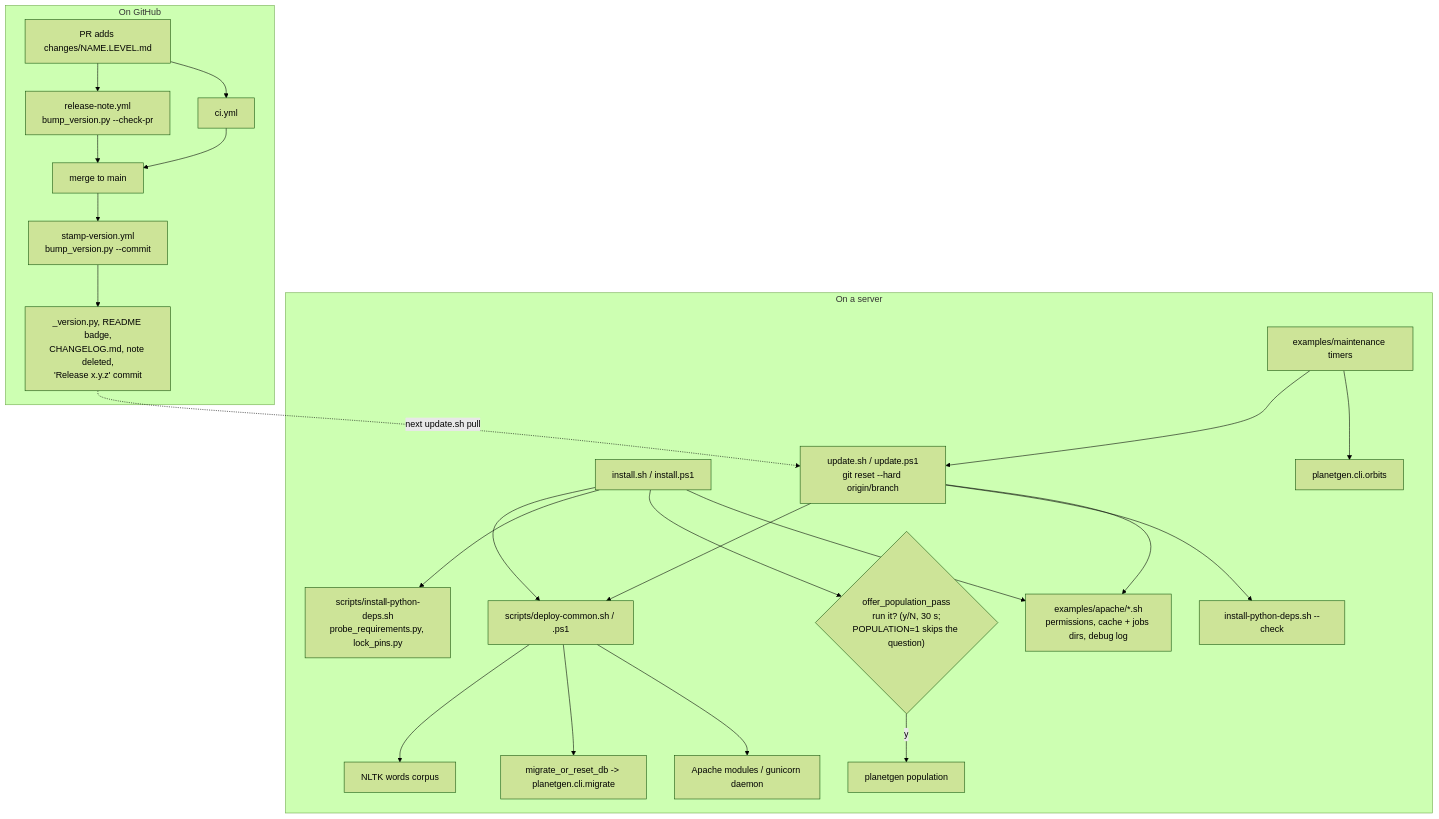
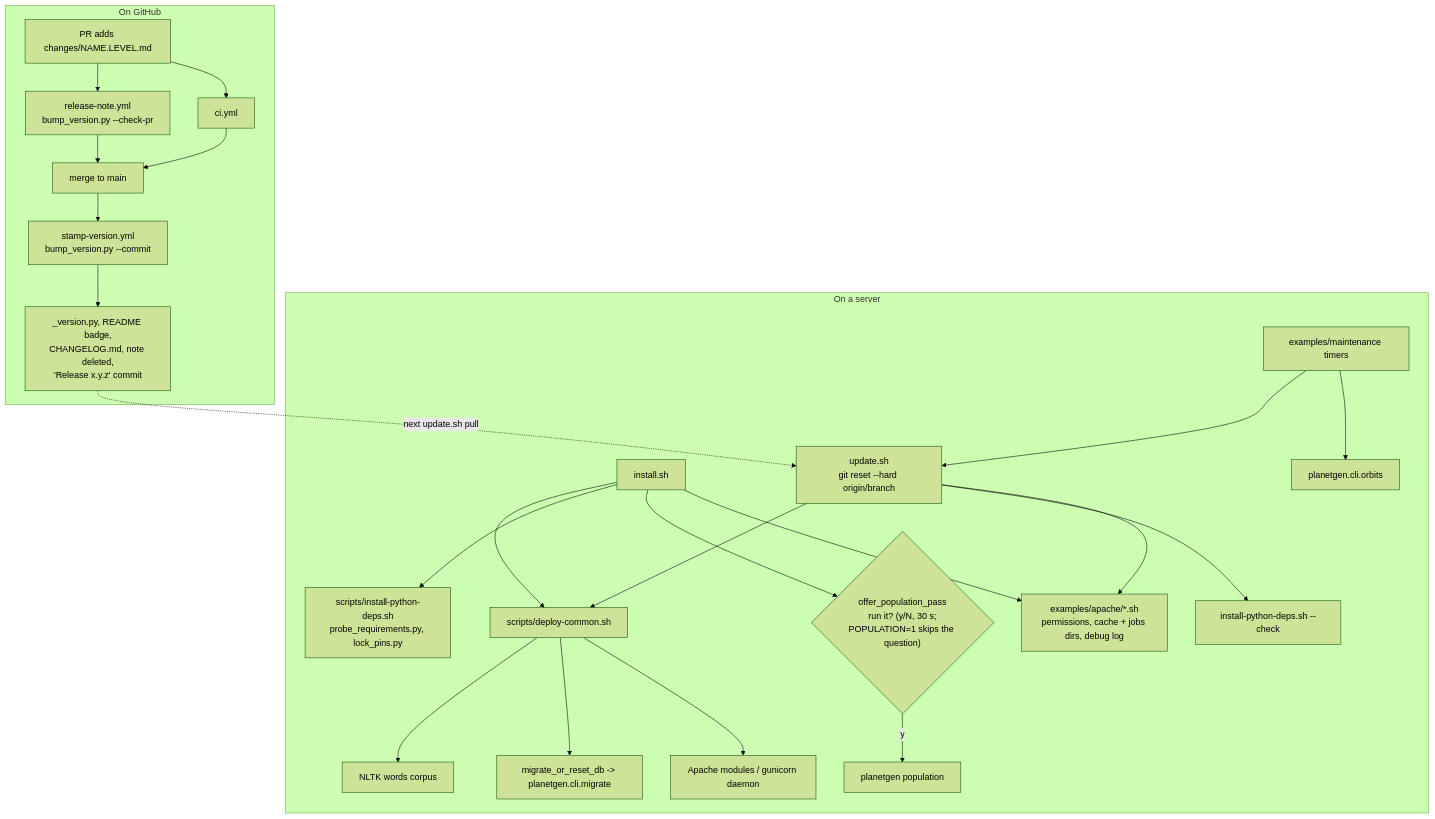
Before and after one commit to dwhagar/planetGen: the eighth of 8 diagrams in docs/design/architecture.md, drawn with Mermaid (forest theme). The commit also changed other lines of this file and 91 other files, not shown here.

````diff
--- a/docs/design/architecture.md
+++ b/docs/design/architecture.md
@@ -761,27 +757,27 @@
 ```mermaid
 flowchart TD
     subgraph Server["On a server"]
-        I["install.sh / install.ps1"] --> DC["scripts/deploy-common.sh / .ps1"]
-        U["update.sh / update.ps1<br/>git reset --hard origin/branch"] --> DC
+        I["install.sh"] --> DC["scripts/deploy-common.sh"]
+        U["update.sh<br/>git reset --hard origin/branch"] --> DC
         I --> PD["scripts/install-python-deps.sh<br/>probe_requirements.py, lock_pins.py"]
         U --> PDC["install-python-deps.sh --check"]
         DC --> NL["NLTK words corpus"]
         DC --> MR["migrate_or_reset_db -> planetgen.cli.migrate"]
         I --> POP{"offer_population_pass<br/>run it? (y/N, 30 s;<br/>POPULATION=1 skips the question)"}
         POP -->|"y"| GP["planetgen population"]
         DC --> WS["Apache modules / gunicorn daemon"]
         I --> EX["examples/apache/*.sh<br/>permissions, cache + jobs dirs, debug log"]
         U --> EX
         T["examples/maintenance timers"] --> U
         T --> UO["planetgen.cli.orbits"]
     end
     subgraph Release["On GitHub"]
         PR["PR adds changes/NAME.LEVEL.md"] --> RN["release-note.yml<br/>bump_version.py --check-pr"]
         PR --> CI["ci.yml"]
         RN --> Merge["merge to main"]
         CI --> Merge
         Merge --> SV["stamp-version.yml<br/>bump_version.py --commit"]
         SV --> Out["_version.py, README badge,<br/>CHANGELOG.md, note deleted,<br/>'Release x.y.z' commit"]
     end
     Out -. "next update.sh pull" .-> U
 ```
````
